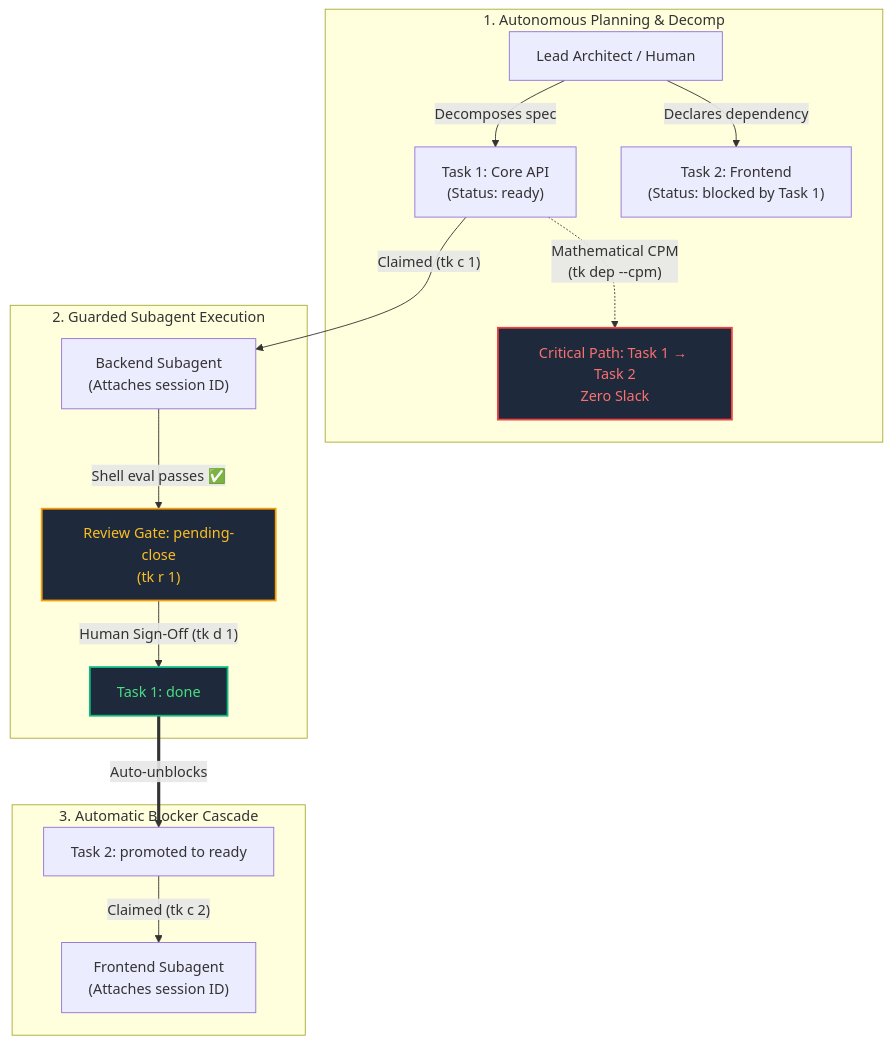
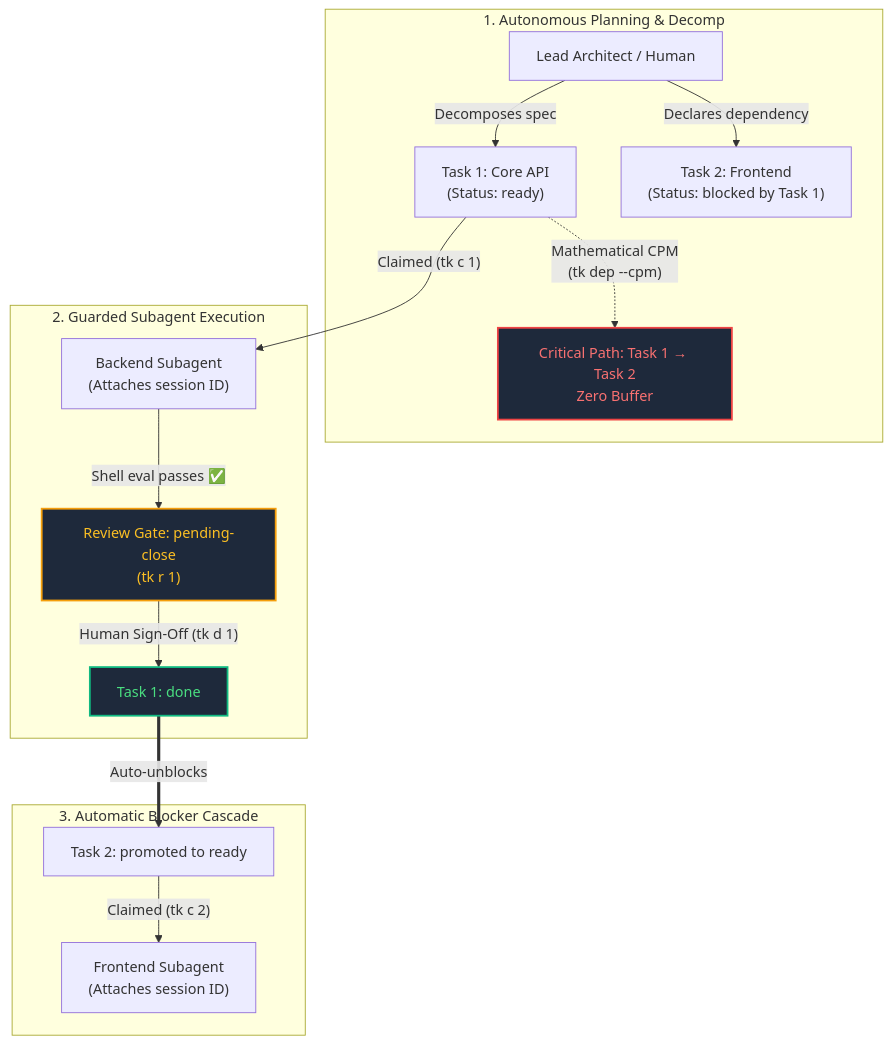
The diagram in README.md (iyuuya/tkmd), drawn with Mermaid before and after one commit. The commit also changed other lines of this file and 19 other files, not shown here.

Commit message:
feat: dual binary build (tkmd and tk), wedow/ticket clash notes, complete tkmd rename, and switch slack to buffer

````diff
--- a/README.md
+++ b/README.md
@@ -56,23 +56,23 @@
 ```mermaid
 flowchart TD
     subgraph Phase1["1. Autonomous Planning & Decomp"]
         Lead["Lead Architect / Human"] -->|"Decomposes spec"| T1["Task 1: Core API\n(Status: ready)"]
         Lead -->|"Declares dependency"| T2["Task 2: Frontend\n(Status: blocked by Task 1)"]
-        T1 -.->|"Mathematical CPM\n(tk dep --cpm)"| Critical["Critical Path: Task 1 → Task 2\nZero Slack"]
+        T1 -.->|"Mathematical CPM\n(tk dep --cpm)"| Critical["Critical Path: Task 1 → Task 2\nZero Buffer"]
     end
 
     subgraph Phase2["2. Guarded Subagent Execution"]
         T1 -->|"Claimed (tk c 1)"| Agent1["Backend Subagent\n(Attaches session ID)"]
         Agent1 -->|"Shell eval passes ✅"| Gate["Review Gate: pending-close\n(tk r 1)"]
         Gate -->|"Human Sign-Off (tk d 1)"| Done["Task 1: done"]
     end
 
     subgraph Phase3["3. Automatic Blocker Cascade"]
         Done ==>|"Auto-unblocks"| T2Ready["Task 2: promoted to ready"]
         T2Ready -->|"Claimed (tk c 2)"| Agent2["Frontend Subagent\n(Attaches session ID)"]
     end
 
     style Critical fill:#1e293b,stroke:#ef4444,stroke-width:2px,color:#f87171
     style Done fill:#1e293b,stroke:#10b981,stroke-width:2px,color:#4ade80
     style Gate fill:#1e293b,stroke:#f59e0b,stroke-width:2px,color:#fbbf24
 ```
````
